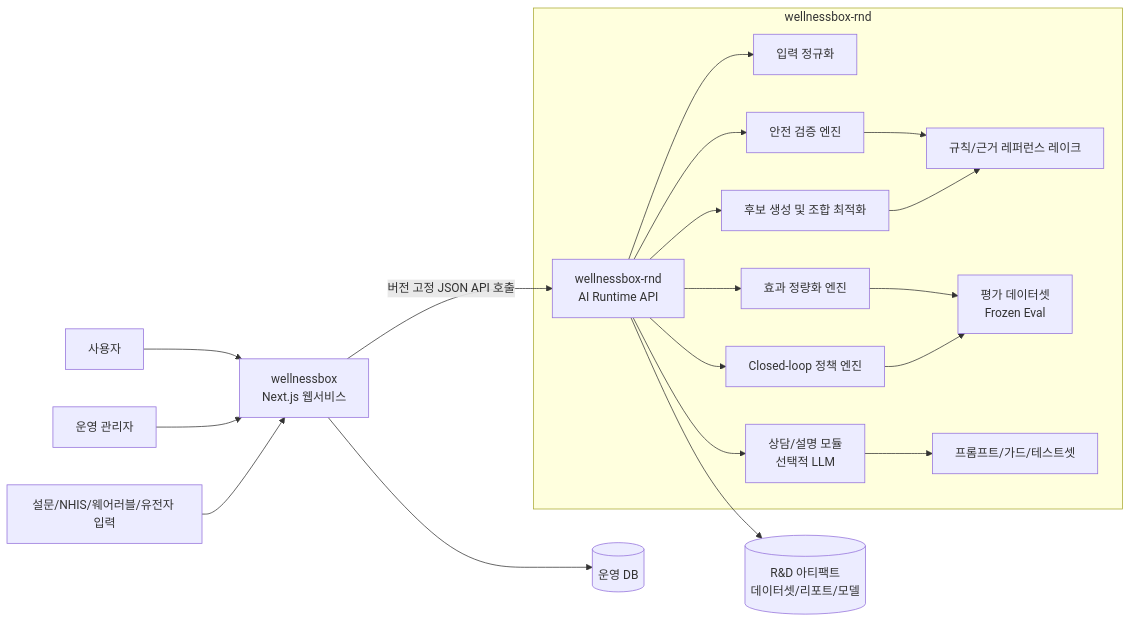
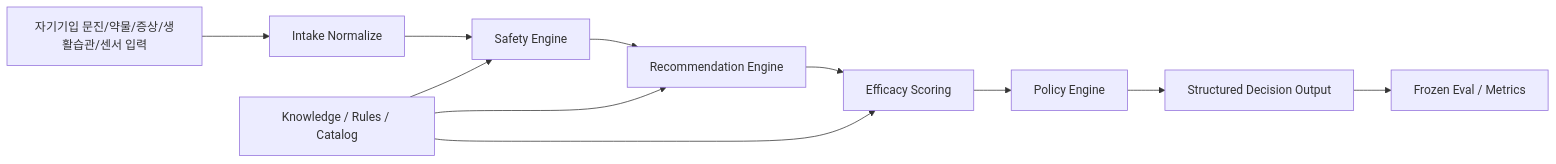
One commit to yeohj0710/wellnessbox-rnd changed the first of 2 diagrams in docs/01_architecture/00_target_architecture.md. Above: the diagram before and after it, drawn with Mermaid. The commit also changed other lines of this file and 47 other files, not shown here.

````diff
--- a/docs/01_architecture/00_target_architecture.md
+++ b/docs/01_architecture/00_target_architecture.md
@@ -23,25 +22,13 @@
 ```mermaid
 flowchart LR
-    U[사용자] --> W[wellnessbox\nNext.js 웹서비스]
-    O[운영 관리자] --> W
-    D[설문/NHIS/웨어러블/유전자 입력] --> W
-
-    W -->|버전 고정 JSON API 호출| R[wellnessbox-rnd\nAI Runtime API]
-
-    subgraph RND["wellnessbox-rnd"]
-        R --> N[입력 정규화]
-        R --> S[안전 검증 엔진]
-        R --> C[후보 생성 및 조합 최적화]
-        R --> E[효과 정량화 엔진]
-        R --> P[Closed-loop 정책 엔진]
-        R --> Q[상담/설명 모듈\n선택적 LLM]
-        S --> L[규칙/근거 레퍼런스 레이크]
-        C --> L
-        E --> F[평가 데이터셋\nFrozen Eval]
-        P --> F
-        Q --> G[프롬프트/가드/테스트셋]
-    end
-
-    W --> X[(운영 DB)]
-    R --> A[(R&D 아티팩트\n데이터셋/리포트/모델)]
+    I[자기기입 문진/약물/증상/생활습관/센서 입력] --> N[Intake Normalize]
+    N --> S[Safety Engine]
+    S --> R[Recommendation Engine]
+    R --> E[Efficacy Scoring]
+    E --> P[Policy Engine]
+    P --> X[Structured Decision Output]
+    X --> EV[Frozen Eval / Metrics]
+    K[Knowledge / Rules / Catalog] --> S
+    K --> R
+    K --> E
 ```
````
